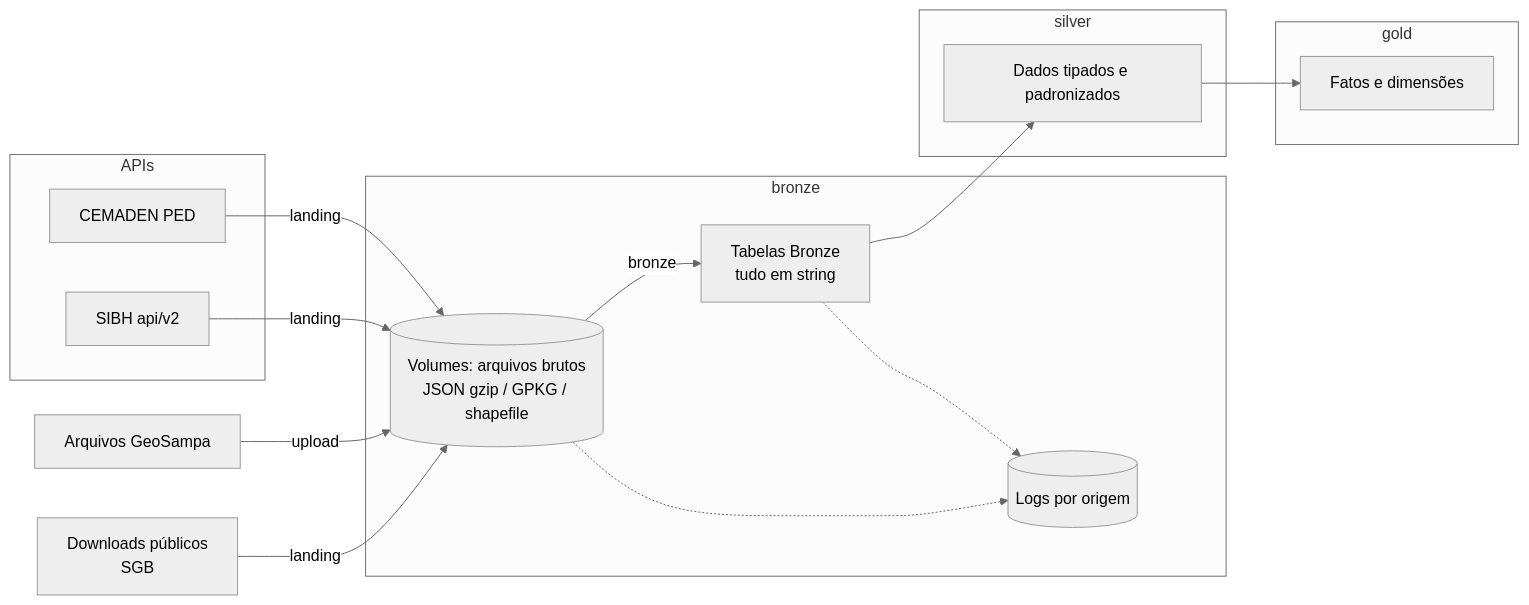
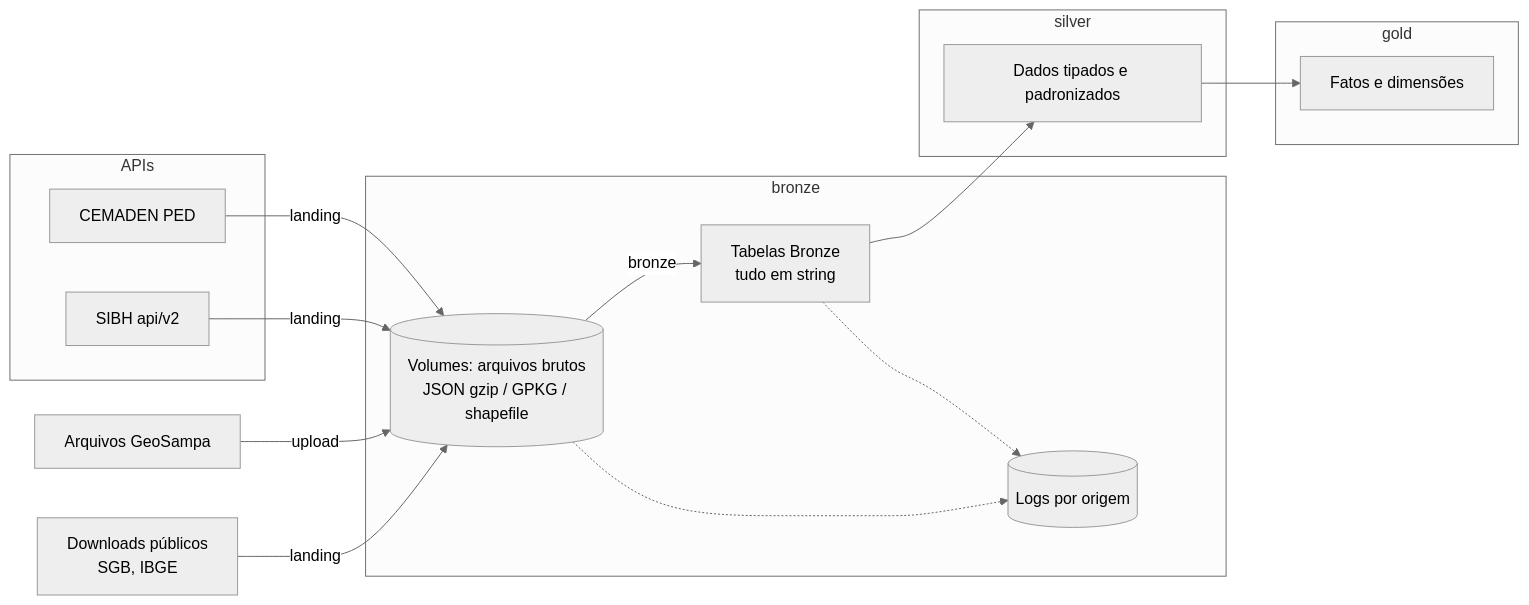
The first of 2 diagrams in README.md (juniorOnData/FIAP-GS2-2TSCPV-2026), drawn with Mermaid (neutral theme) before and after one commit. The commit also changed other lines of this file and 8 other files, not shown here.

````diff
--- a/README.md
+++ b/README.md
@@ -16,28 +17,28 @@
 ```mermaid
 flowchart LR
   subgraph APIs
     PED[CEMADEN PED]
     SIBH[SIBH api/v2]
   end
   GPKG[Arquivos GeoSampa]
-  PUB[Downloads públicos<br/>SGB]
+  PUB[Downloads públicos<br/>SGB, IBGE]
   subgraph bronze
     VOL[(Volumes: arquivos brutos<br/>JSON gzip / GPKG / shapefile)]
     BT[Tabelas Bronze<br/>tudo em string]
     LOG[(Logs por origem)]
   end
   subgraph silver
     ST[Dados tipados e padronizados]
   end
   subgraph gold
     GT[Fatos e dimensões]
   end
   PED -- landing --> VOL
   SIBH -- landing --> VOL
   GPKG -- upload --> VOL
   PUB -- landing --> VOL
   VOL -- bronze --> BT
   BT --> ST --> GT
   VOL -.-> LOG
   BT -.-> LOG
 ```
````
